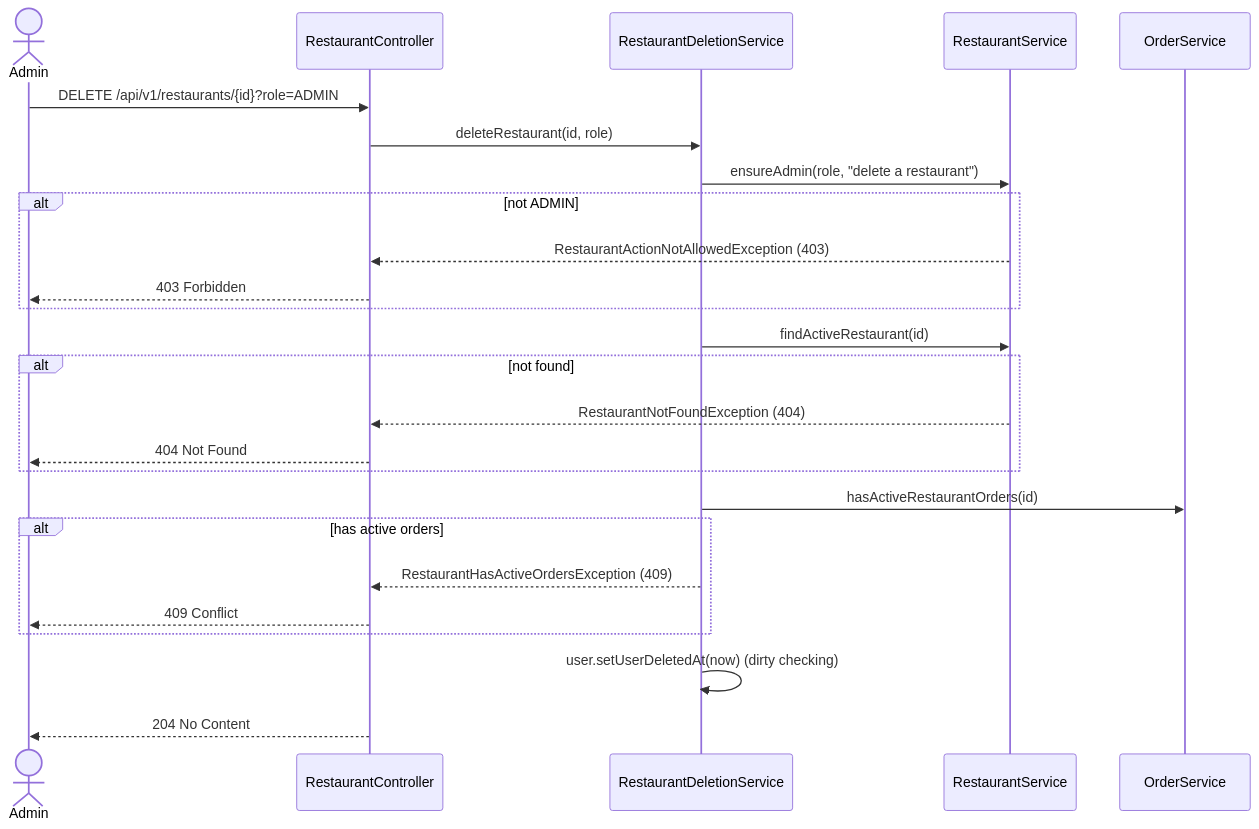
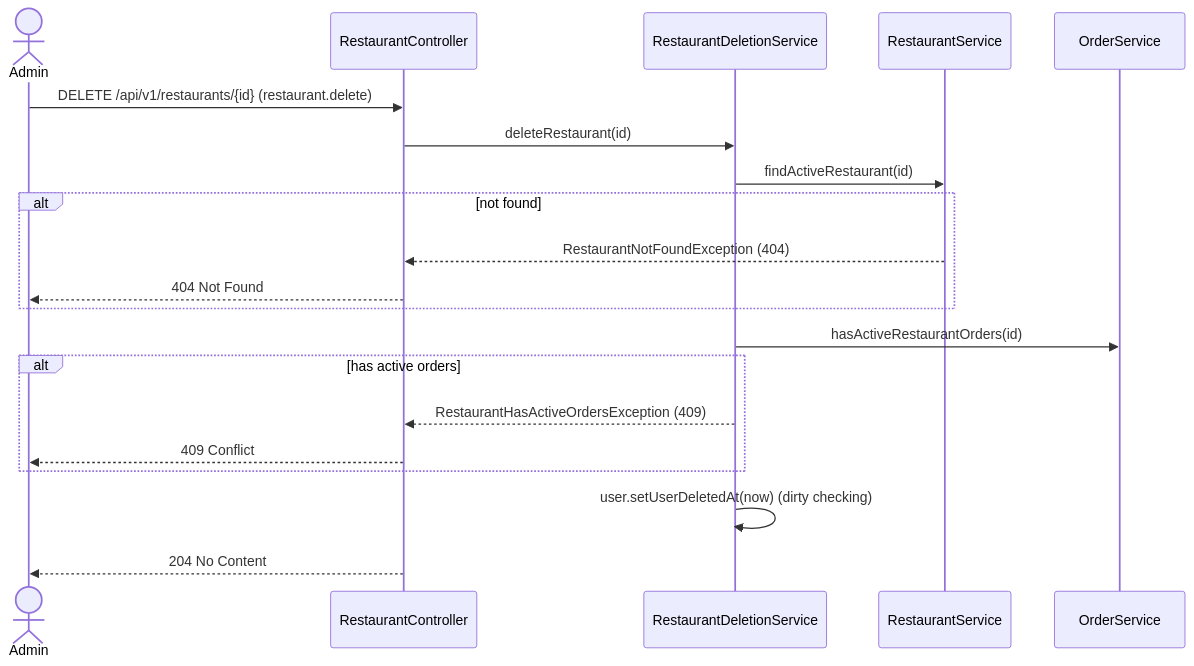
Before and after one commit to msmohammed0077-cmd/mentorship-restaurant: the second of 2 diagrams in restaurant/.docs/use-cases/restaurant-management/delete-restaurant/delete-restaurant.md, drawn with Mermaid. The commit also changed other lines of this file and 27 other files, not shown here.

````diff
--- a/restaurant/.docs/use-cases/restaurant-management/delete-restaurant/delete-restaurant.md
+++ b/restaurant/.docs/use-cases/restaurant-management/delete-restaurant/delete-restaurant.md
@@ -100,28 +102,23 @@
 ```mermaid
 sequenceDiagram
     actor Admin
     participant C as RestaurantController
     participant D as RestaurantDeletionService
     participant S as RestaurantService
     participant O as OrderService
 
-    Admin->>C: DELETE /api/v1/restaurants/{id}?role=ADMIN
-    C->>D: deleteRestaurant(id, role)
-    D->>S: ensureAdmin(role, "delete a restaurant")
-    alt not ADMIN
-        S-->>C: RestaurantActionNotAllowedException (403)
-        C-->>Admin: 403 Forbidden
-    end
+    Admin->>C: DELETE /api/v1/restaurants/{id} (restaurant.delete)
+    C->>D: deleteRestaurant(id)
     D->>S: findActiveRestaurant(id)
     alt not found
         S-->>C: RestaurantNotFoundException (404)
         C-->>Admin: 404 Not Found
     end
     D->>O: hasActiveRestaurantOrders(id)
     alt has active orders
         D-->>C: RestaurantHasActiveOrdersException (409)
         C-->>Admin: 409 Conflict
     end
     D->>D: user.setUserDeletedAt(now) (dirty checking)
     C-->>Admin: 204 No Content
 ```
````
